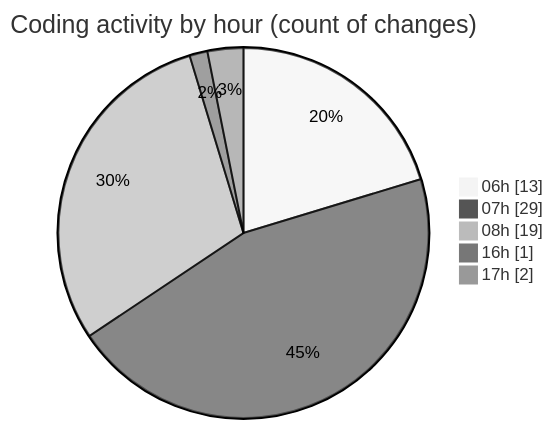
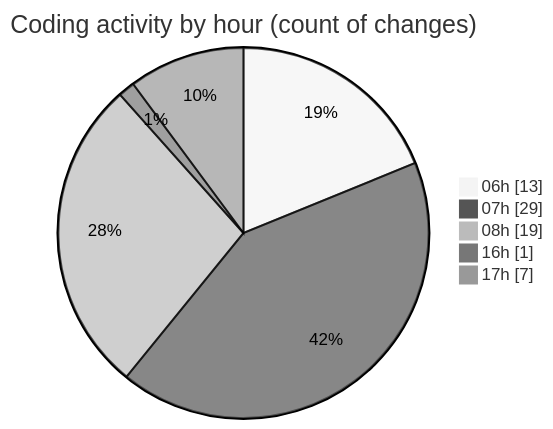
The second of 2 diagrams in 2025-01-21/mbc-web/README.md (robertbonfada/code-tracking), drawn with Mermaid (neutral theme) before and after one commit. The commit also changed other lines of this file and 1 other file, not shown here.

````diff
--- a/2025-01-21/mbc-web/README.md
+++ b/2025-01-21/mbc-web/README.md
@@ -45,9 +45,9 @@
 ```mermaid
 pie showData
 title Coding activity by hour (count of changes)
 "06h" : 13
 "07h" : 29
 "08h" : 19
 "16h" : 1
-"17h" : 2
+"17h" : 7
 ```
````
